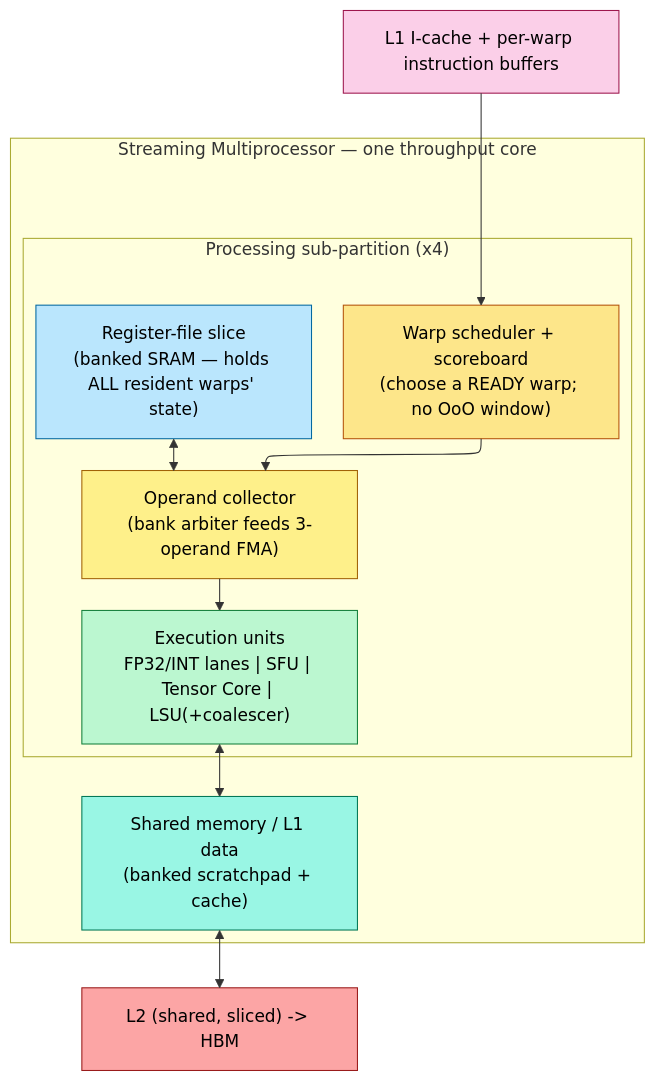
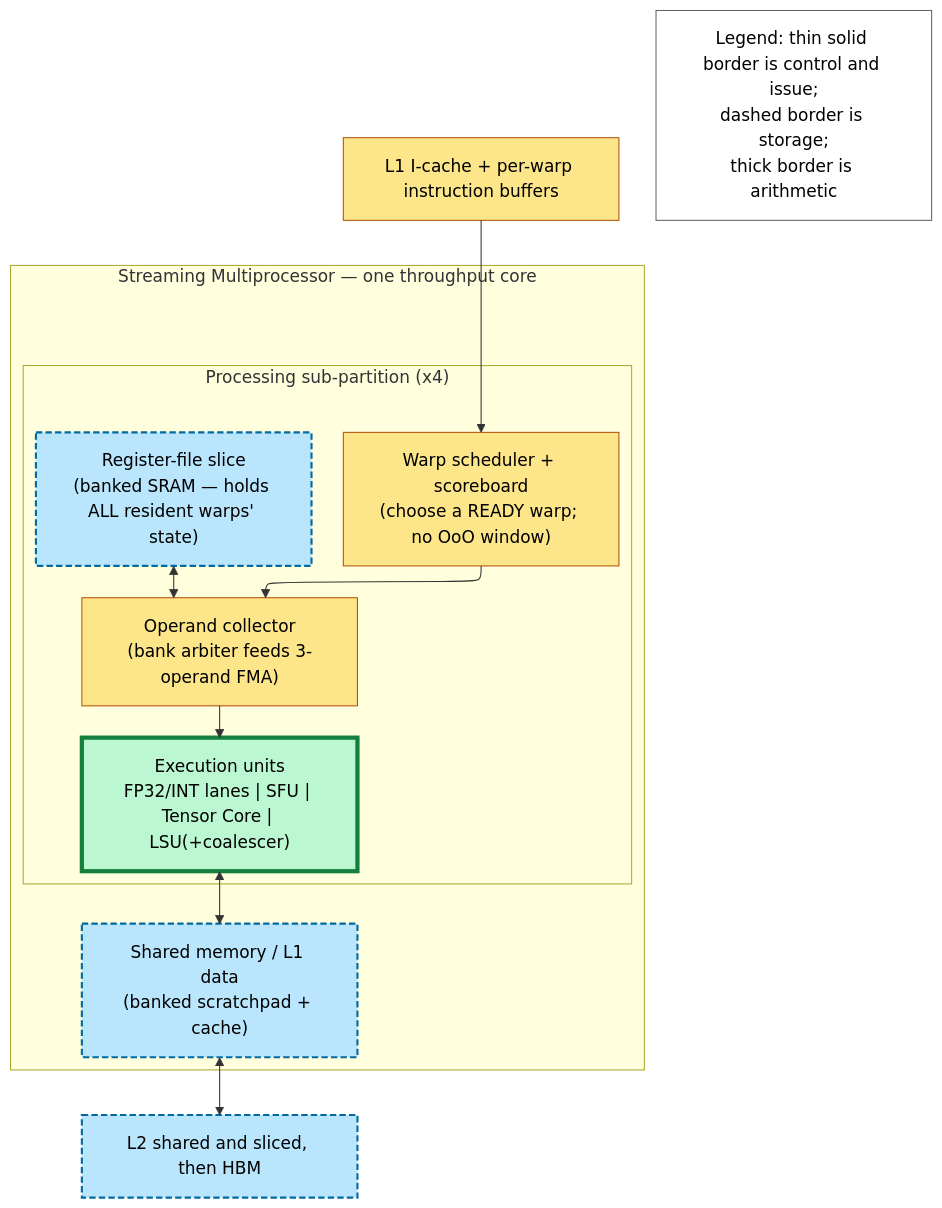
Before and after one commit to Wty2003328/silicon-design-notebook: the sixth of 10 diagrams in 01_Architecture_and_PPA/02_GPU_Architecture/01_Core_Architecture/01_GPU_Architecture.md, drawn with Mermaid. The commit also changed other lines of this file and 125 other files, not shown here.

First line of the commit message:
Complete the AMBA family, refresh the learning path, and make every figure and formula actually render

````diff
--- a/01_Architecture_and_PPA/02_GPU_Architecture/01_Core_Architecture/01_GPU_Architecture.md
+++ b/01_Architecture_and_PPA/02_GPU_Architecture/01_Core_Architecture/01_GPU_Architecture.md
@@ -305,29 +305,30 @@
 ```mermaid
 %%{init: {"flowchart": {"defaultRenderer": "elk", "nodeSpacing": 45, "rankSpacing": 45, "htmlLabels": false}}}%%
 flowchart TB
     L1I["L1 I-cache + per-warp instruction buffers"]:::ic
     subgraph SM["Streaming Multiprocessor — one throughput core"]
       direction TB
       subgraph SP["Processing sub-partition (x4)"]
         direction TB
         SCHED["Warp scheduler + scoreboard<br/>(choose a READY warp; no OoO window)"]:::sched
         RF["Register-file slice<br/>(banked SRAM — holds ALL resident warps' state)"]:::rf
         OC["Operand collector<br/>(bank arbiter feeds 3-operand FMA)"]:::oc
         EU["Execution units<br/>FP32/INT lanes | SFU | Tensor Core | LSU(+coalescer)"]:::eu
       end
       SMEM["Shared memory / L1 data<br/>(banked scratchpad + cache)"]:::mem
     end
-    HBM["L2 (shared, sliced) -> HBM"]:::hbm
+    HBM["L2 shared and sliced, then HBM"]:::mem
+    LEG["Legend: thin solid border is control and issue;<br/>dashed border is storage;<br/>thick border is arithmetic"]:::leg
     L1I --> SCHED --> OC
     RF <--> OC --> EU
     EU <--> SMEM
     SMEM <--> HBM
 
-    classDef ic fill:#fbcfe8,stroke:#9d174d,color:#000
-    classDef sched fill:#fde68a,stroke:#b45309,color:#000
-    classDef rf fill:#bae6fd,stroke:#0369a1,color:#000
-    classDef oc fill:#fef08a,stroke:#a16207,color:#000
-    classDef eu fill:#bbf7d0,stroke:#15803d,color:#000
-    classDef mem fill:#99f6e4,stroke:#047857,color:#000
-    classDef hbm fill:#fca5a5,stroke:#991b1b,color:#000
+    classDef ctrl fill:#fde68a,stroke:#b45309,color:#000,stroke-width:1px
+    classDef mem fill:#bae6fd,stroke:#0369a1,color:#000,stroke-width:2px,stroke-dasharray:6 3
+    classDef exec fill:#bbf7d0,stroke:#15803d,color:#000,stroke-width:4px
+    classDef leg fill:#ffffff,stroke:#666,color:#000
+    class L1I,SCHED,OC ctrl
+    class RF,SMEM,HBM mem
+    class EU exec
 ```
````
